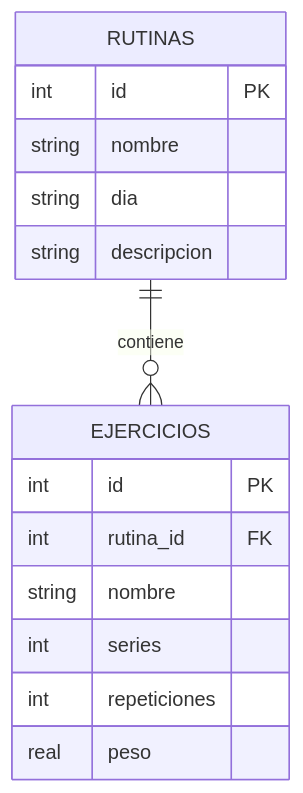
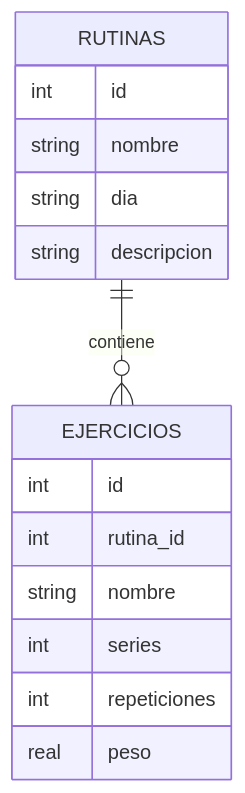
The diagram in README.md (Remmy002/inf662-ti2-moreira), drawn with Mermaid before and after one commit.

Commit message:
docs: Descripcion y vistas del la app

````diff
--- a/README.md
+++ b/README.md
@@ -19,18 +19,18 @@
 ```mermaid
 erDiagram
     RUTINAS ||--o{ EJERCICIOS : contiene
     RUTINAS {
-        int id PK
+        int id 
         string nombre
         string dia
         string descripcion
     }
     EJERCICIOS {
-        int id PK
-        int rutina_id FK
+        int id 
+        int rutina_id 
         string nombre
         int series
         int repeticiones
         real peso
     }
 ```
````
